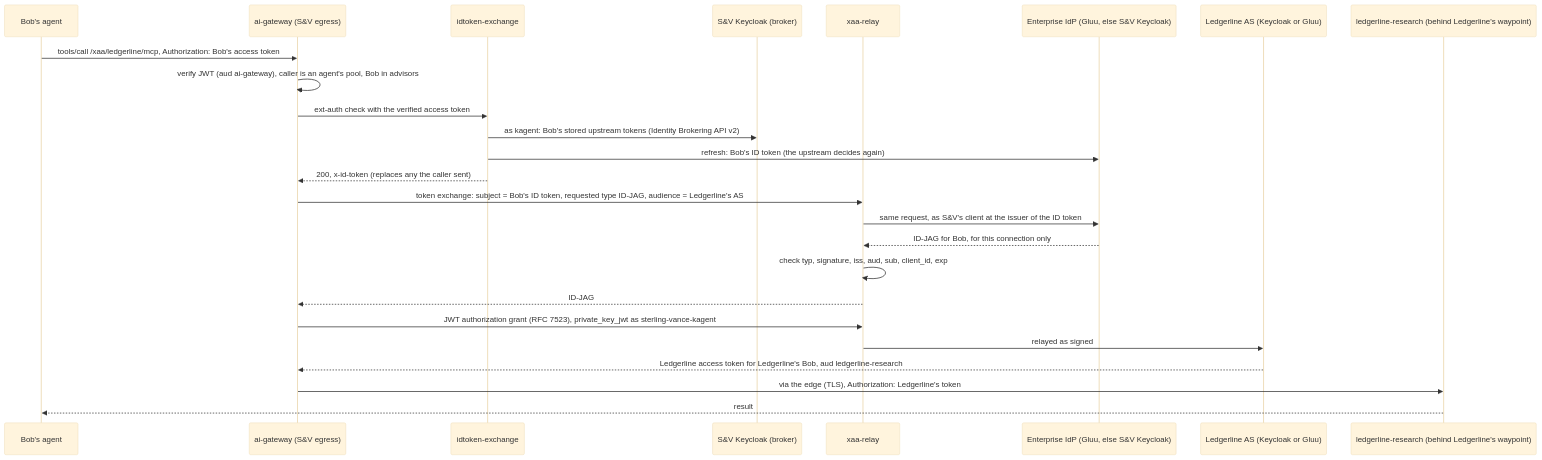
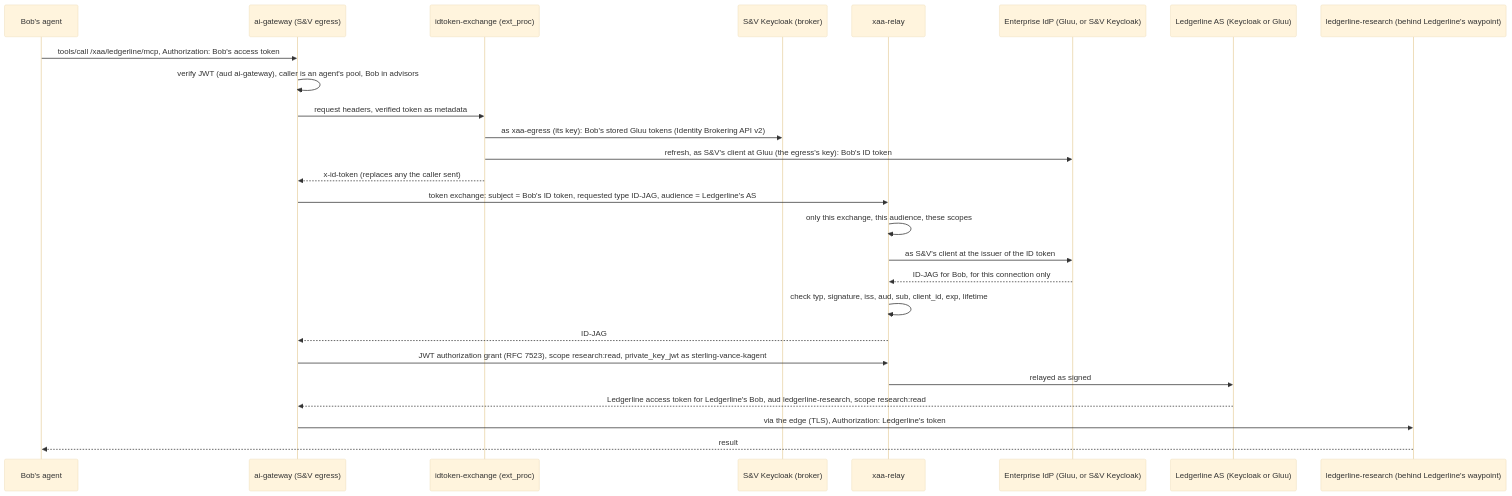
Before and after one commit to nickgamb/solo-lab: the second of 3 diagrams in docs/IDENTITY-FLOWS.md, drawn with Mermaid (base theme). The commit also changed other lines of this file and 6 other files, not shown here.

````diff
--- a/docs/IDENTITY-FLOWS.md
+++ b/docs/IDENTITY-FLOWS.md
@@ -142,27 +150,28 @@
 ```mermaid
 sequenceDiagram
   participant A as Bob's agent
   participant G as ai-gateway (S&V egress)
-  participant X as idtoken-exchange
+  participant X as idtoken-exchange (ext_proc)
   participant K as S&V Keycloak (broker)
   participant R as xaa-relay
-  participant E as Enterprise IdP (Gluu, else S&V Keycloak)
+  participant E as Enterprise IdP (Gluu, or S&V Keycloak)
   participant L as Ledgerline AS (Keycloak or Gluu)
   participant M as ledgerline-research (behind Ledgerline's waypoint)
   A->>G: tools/call /xaa/ledgerline/mcp, Authorization: Bob's access token
   G->>G: verify JWT (aud ai-gateway), caller is an agent's pool, Bob in advisors
-  G->>X: ext-auth check with the verified access token
-  X->>K: as kagent: Bob's stored upstream tokens (Identity Brokering API v2)
-  X->>E: refresh: Bob's ID token (the upstream decides again)
-  X-->>G: 200, x-id-token (replaces any the caller sent)
+  G->>X: request headers, verified token as metadata
+  X->>K: as xaa-egress (its key): Bob's stored Gluu tokens (Identity Brokering API v2)
+  X->>E: refresh, as S&V's client at Gluu (the egress's key): Bob's ID token
+  X-->>G: x-id-token (replaces any the caller sent)
   G->>R: token exchange: subject = Bob's ID token, requested type ID-JAG, audience = Ledgerline's AS
-  R->>E: same request, as S&V's client at the issuer of the ID token
+  R->>R: only this exchange, this audience, these scopes
+  R->>E: as S&V's client at the issuer of the ID token
   E-->>R: ID-JAG for Bob, for this connection only
-  R->>R: check typ, signature, iss, aud, sub, client_id, exp
+  R->>R: check typ, signature, iss, aud, sub, client_id, exp, lifetime
   R-->>G: ID-JAG
-  G->>R: JWT authorization grant (RFC 7523), private_key_jwt as sterling-vance-kagent
+  G->>R: JWT authorization grant (RFC 7523), scope research:read, private_key_jwt as sterling-vance-kagent
   R->>L: relayed as signed
-  L-->>G: Ledgerline access token for Ledgerline's Bob, aud ledgerline-research
+  L-->>G: Ledgerline access token for Ledgerline's Bob, aud ledgerline-research, scope research:read
   G->>M: via the edge (TLS), Authorization: Ledgerline's token
   M-->>A: result
 ```
````
